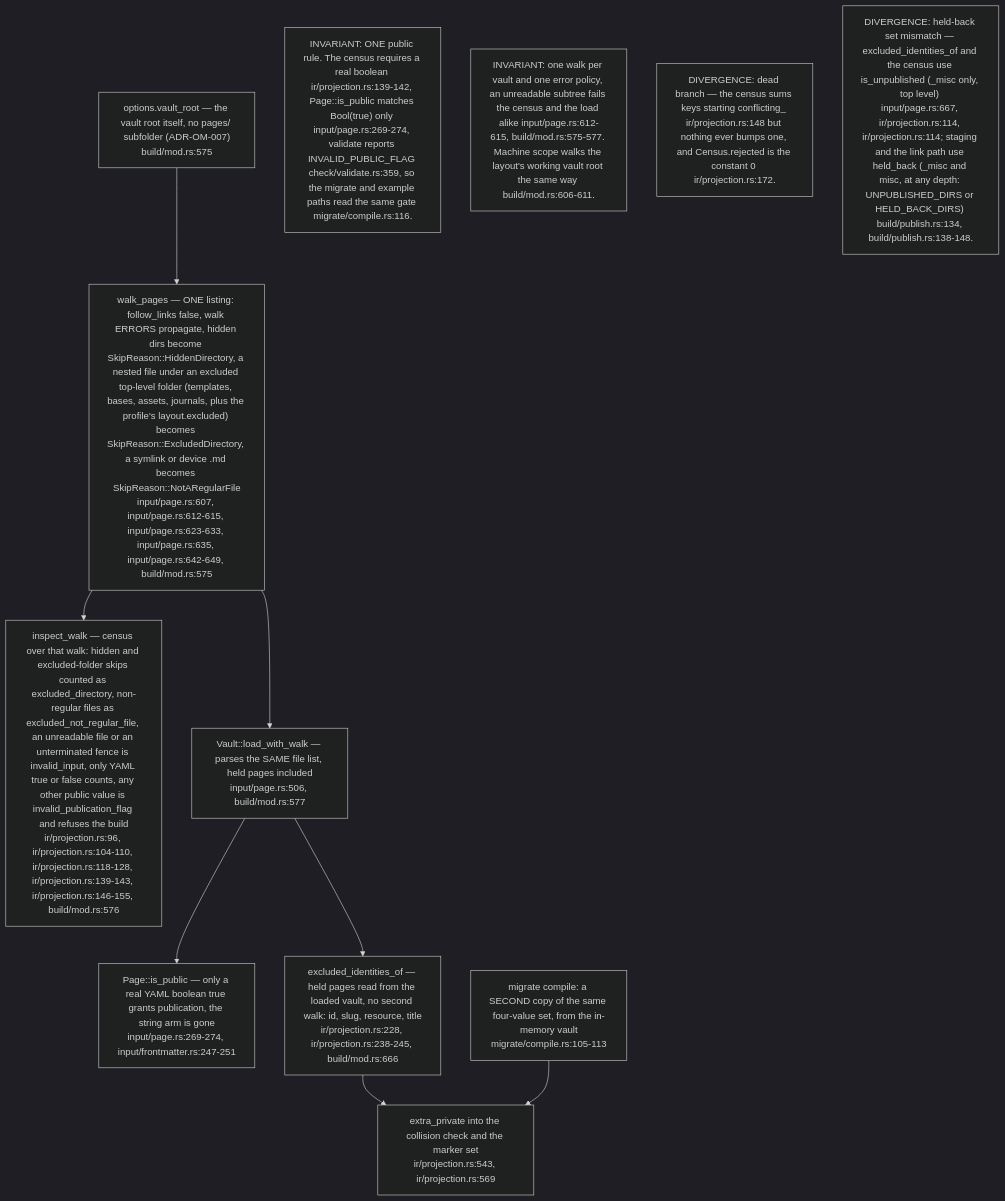
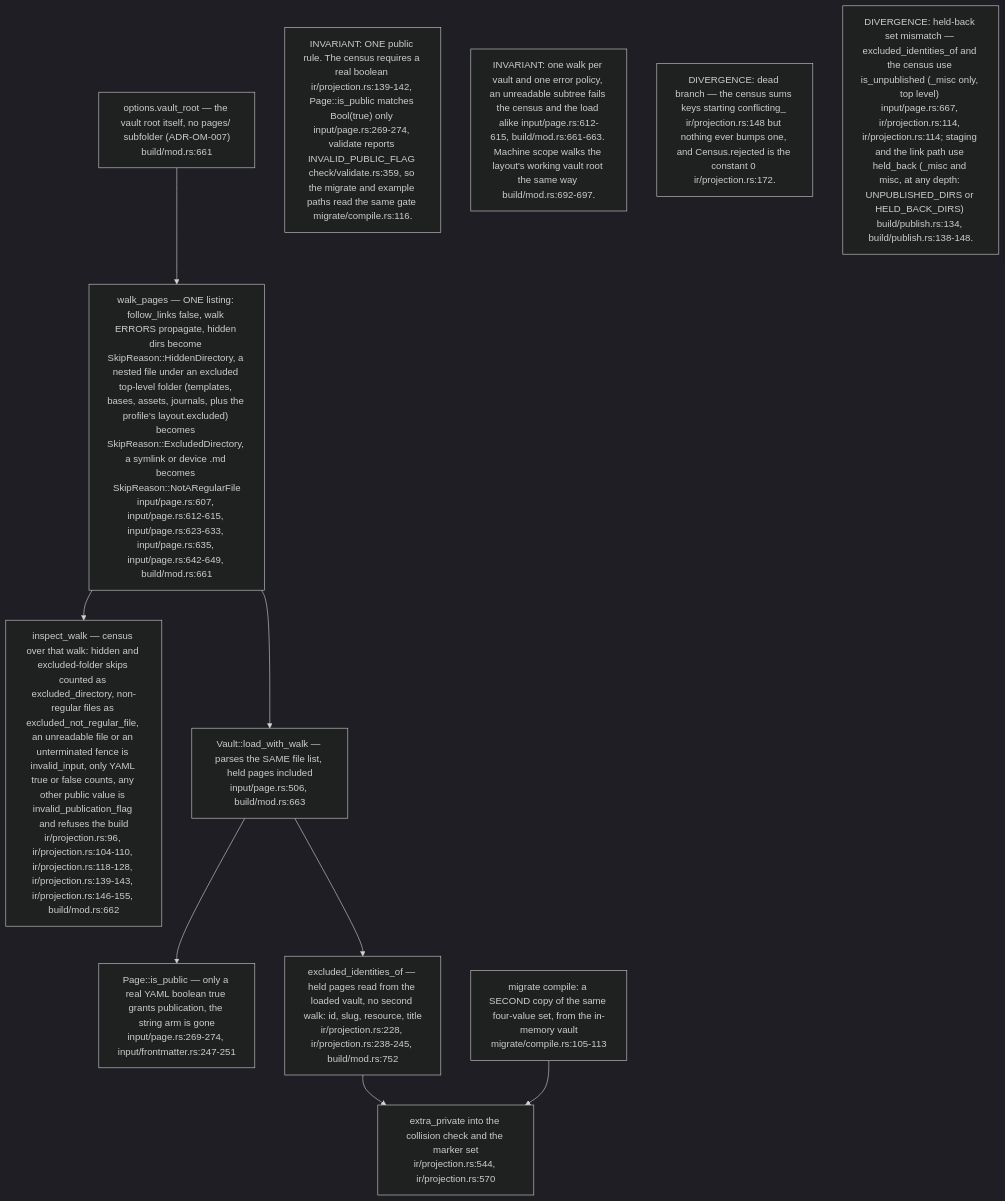
The fifth of 6 diagrams in docs/diagrams/ontomark/02-ir-corpus-projection-and-redaction.md (DreamLab-AI/VisionFlow), drawn with Mermaid (dark theme) before and after one commit. The commit also changed other lines of this file and 59 other files, not shown here.

First line of the commit message:
docs(diagrams): re-derive and re-stamp forum, website, pod, ontomark and sealmap topics

````diff
--- a/docs/diagrams/ontomark/02-ir-corpus-projection-and-redaction.md
+++ b/docs/diagrams/ontomark/02-ir-corpus-projection-and-redaction.md
@@ -180,20 +180,20 @@
 ```mermaid
 flowchart TD
-    DIR["options.vault_root — the vault root itself, no pages/ subfolder (ADR-OM-007)<br/>build/mod.rs:575"]
-    W1["walk_pages — ONE listing: follow_links false, walk ERRORS propagate, hidden dirs become SkipReason::HiddenDirectory, a nested file under an excluded top-level folder (templates, bases, assets, journals, plus the profile's layout.excluded) becomes SkipReason::ExcludedDirectory, a symlink or device .md becomes SkipReason::NotARegularFile<br/>input/page.rs:607, input/page.rs:612-615, input/page.rs:623-633, input/page.rs:635, input/page.rs:642-649, build/mod.rs:575"]
-    CEN["inspect_walk — census over that walk: hidden and excluded-folder skips counted as excluded_directory, non-regular files as excluded_not_regular_file, an unreadable file or an unterminated fence is invalid_input, only YAML true or false counts, any other public value is invalid_publication_flag and refuses the build<br/>ir/projection.rs:96, ir/projection.rs:104-110, ir/projection.rs:118-128, ir/projection.rs:139-143, ir/projection.rs:146-155, build/mod.rs:576"]
-    LOAD["Vault::load_with_walk — parses the SAME file list, held pages included<br/>input/page.rs:506, build/mod.rs:577"]
+    DIR["options.vault_root — the vault root itself, no pages/ subfolder (ADR-OM-007)<br/>build/mod.rs:661"]
+    W1["walk_pages — ONE listing: follow_links false, walk ERRORS propagate, hidden dirs become SkipReason::HiddenDirectory, a nested file under an excluded top-level folder (templates, bases, assets, journals, plus the profile's layout.excluded) becomes SkipReason::ExcludedDirectory, a symlink or device .md becomes SkipReason::NotARegularFile<br/>input/page.rs:607, input/page.rs:612-615, input/page.rs:623-633, input/page.rs:635, input/page.rs:642-649, build/mod.rs:661"]
+    CEN["inspect_walk — census over that walk: hidden and excluded-folder skips counted as excluded_directory, non-regular files as excluded_not_regular_file, an unreadable file or an unterminated fence is invalid_input, only YAML true or false counts, any other public value is invalid_publication_flag and refuses the build<br/>ir/projection.rs:96, ir/projection.rs:104-110, ir/projection.rs:118-128, ir/projection.rs:139-143, ir/projection.rs:146-155, build/mod.rs:662"]
+    LOAD["Vault::load_with_walk — parses the SAME file list, held pages included<br/>input/page.rs:506, build/mod.rs:663"]
     PUB["Page::is_public — only a real YAML boolean true grants publication, the string arm is gone<br/>input/page.rs:269-274, input/frontmatter.rs:247-251"]
-    EXC["excluded_identities_of — held pages read from the loaded vault, no second walk: id, slug, resource, title<br/>ir/projection.rs:228, ir/projection.rs:238-245, build/mod.rs:666"]
+    EXC["excluded_identities_of — held pages read from the loaded vault, no second walk: id, slug, resource, title<br/>ir/projection.rs:228, ir/projection.rs:238-245, build/mod.rs:752"]
     MIG["migrate compile: a SECOND copy of the same four-value set, from the in-memory vault<br/>migrate/compile.rs:105-113"]
-    USE["extra_private into the collision check and the marker set<br/>ir/projection.rs:543, ir/projection.rs:569"]
+    USE["extra_private into the collision check and the marker set<br/>ir/projection.rs:544, ir/projection.rs:570"]
     DIR --> W1
     W1 --> CEN
     W1 --> LOAD --> PUB
     LOAD --> EXC --> USE
     MIG --> USE
     n1["INVARIANT: ONE public rule. The census requires a real boolean ir/projection.rs:139-142, Page::is_public matches Bool(true) only input/page.rs:269-274, validate reports INVALID_PUBLIC_FLAG check/validate.rs:359, so the migrate and example paths read the same gate migrate/compile.rs:116."]
-    n2["INVARIANT: one walk per vault and one error policy, an unreadable subtree fails the census and the load alike input/page.rs:612-615, build/mod.rs:575-577. Machine scope walks the layout's working vault root the same way build/mod.rs:606-611."]
+    n2["INVARIANT: one walk per vault and one error policy, an unreadable subtree fails the census and the load alike input/page.rs:612-615, build/mod.rs:661-663. Machine scope walks the layout's working vault root the same way build/mod.rs:692-697."]
     n4["DIVERGENCE: dead branch — the census sums keys starting conflicting_ ir/projection.rs:148 but nothing ever bumps one, and Census.rejected is the constant 0 ir/projection.rs:172."]
     n5["DIVERGENCE: held-back set mismatch — excluded_identities_of and the census use is_unpublished (_misc only, top level) input/page.rs:667, ir/projection.rs:114, ir/projection.rs:114; staging and the link path use held_back (_misc and misc, at any depth: UNPUBLISHED_DIRS or HELD_BACK_DIRS) build/publish.rs:134, build/publish.rs:138-148."]
 ```
````
